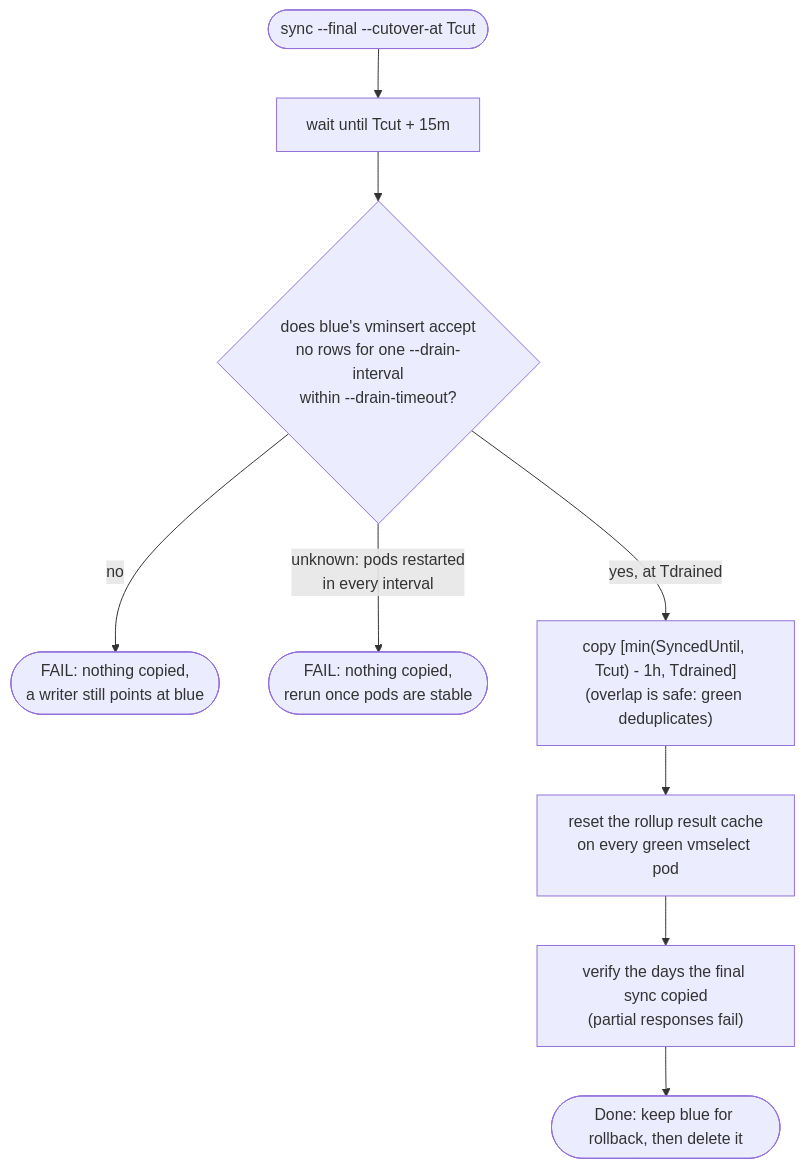
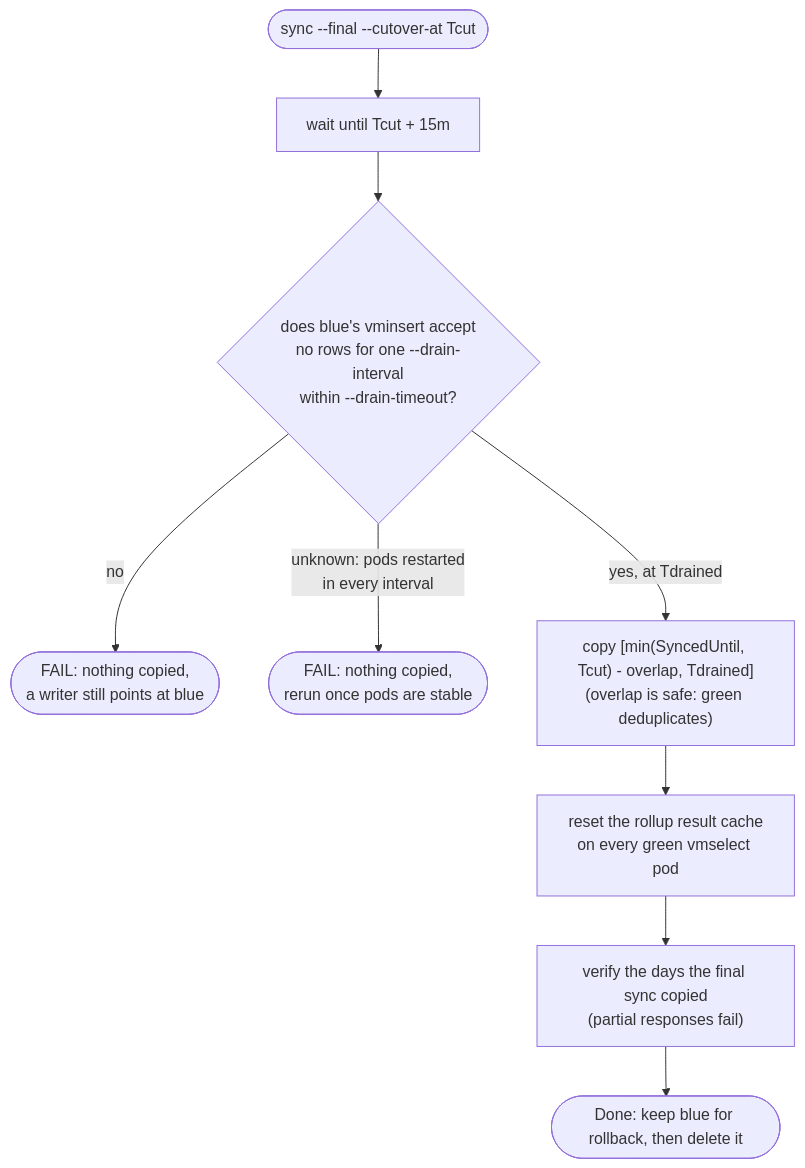
One commit to kokuwaio/victoriametrics-rebalance changed the fourth of 5 diagrams in docs/architecture.md. Above: the diagram before and after it, drawn with Mermaid. The commit also changed other lines of this file and 18 other files, not shown here.

````diff
--- a/docs/architecture.md
+++ b/docs/architecture.md
@@ -178,11 +184,11 @@
 ```mermaid
 flowchart TD
     start(["sync --final --cutover-at Tcut"]) --> wait["wait until Tcut + 15m"]
     wait --> drain{"does blue's vminsert accept<br/>no rows for one --drain-interval<br/>within --drain-timeout?"}
     drain -- "no" --> fail(["FAIL: nothing copied,<br/>a writer still points at blue"])
     drain -- "unknown: pods restarted<br/>in every interval" --> unknown(["FAIL: nothing copied,<br/>rerun once pods are stable"])
-    drain -- "yes, at Tdrained" --> copy["copy [min(SyncedUntil, Tcut) - 1h, Tdrained]<br/>(overlap is safe: green deduplicates)"]
+    drain -- "yes, at Tdrained" --> copy["copy [min(SyncedUntil, Tcut) - overlap, Tdrained]<br/>(overlap is safe: green deduplicates)"]
     copy --> reset["reset the rollup result cache<br/>on every green vmselect pod"]
     reset --> verify["verify the days the final sync copied<br/>(partial responses fail)"]
     verify --> ok(["Done: keep blue for rollback, then delete it"])
 ```
````
